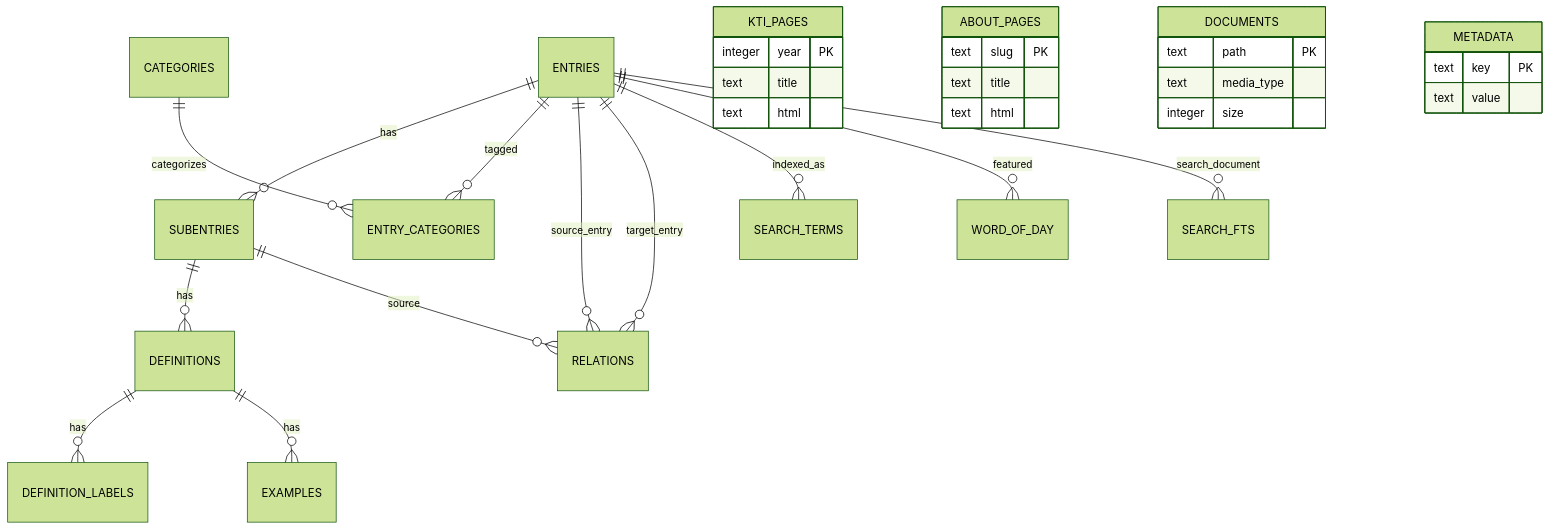
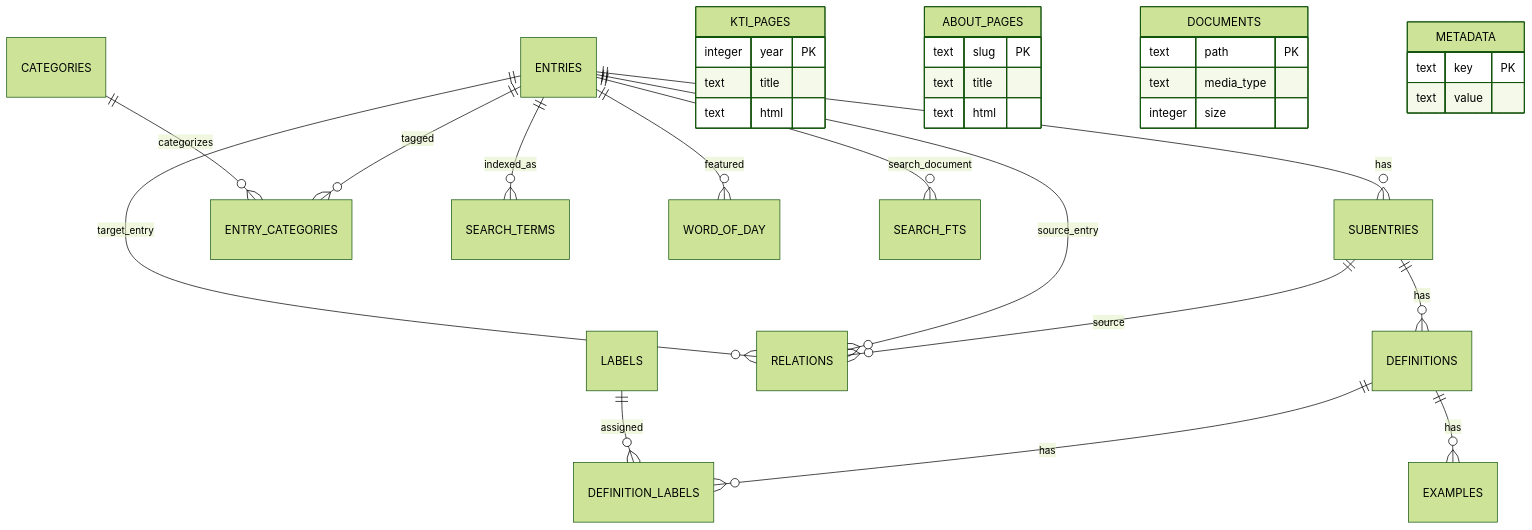
One commit to kadekutama/kbbi changed the diagram in docs/database.md. Above: the diagram before and after it, drawn with Mermaid (forest theme). The commit also changed other lines of this file and 7 other files, not shown here.

````diff
--- a/docs/database.md
+++ b/docs/database.md
@@ -30,35 +30,36 @@
 ```mermaid
 erDiagram
     ENTRIES ||--o{ SUBENTRIES : has
     ENTRIES ||--o{ ENTRY_CATEGORIES : tagged
     CATEGORIES ||--o{ ENTRY_CATEGORIES : categorizes
     SUBENTRIES ||--o{ DEFINITIONS : has
     SUBENTRIES ||--o{ RELATIONS : source
     DEFINITIONS ||--o{ DEFINITION_LABELS : has
+    LABELS ||--o{ DEFINITION_LABELS : assigned
     DEFINITIONS ||--o{ EXAMPLES : has
     ENTRIES ||--o{ RELATIONS : source_entry
     ENTRIES ||--o{ RELATIONS : target_entry
     ENTRIES ||--o{ SEARCH_TERMS : indexed_as
     ENTRIES ||--o{ WORD_OF_DAY : featured
     ENTRIES ||--o{ SEARCH_FTS : search_document
 
     KTI_PAGES {
         integer year PK
         text title
         text html
     }
     ABOUT_PAGES {
         text slug PK
         text title
         text html
     }
     DOCUMENTS {
         text path PK
         text media_type
         integer size
     }
     METADATA {
         text key PK
         text value
     }
 ```
````
